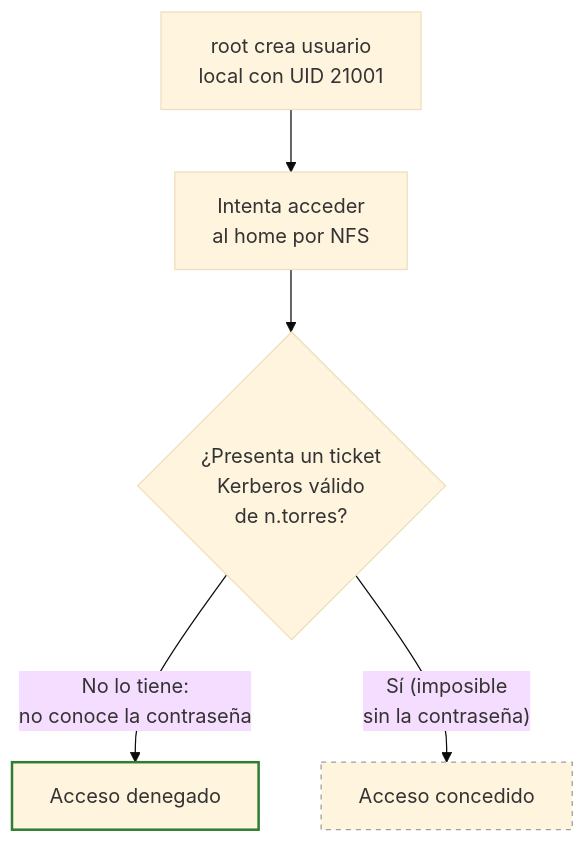
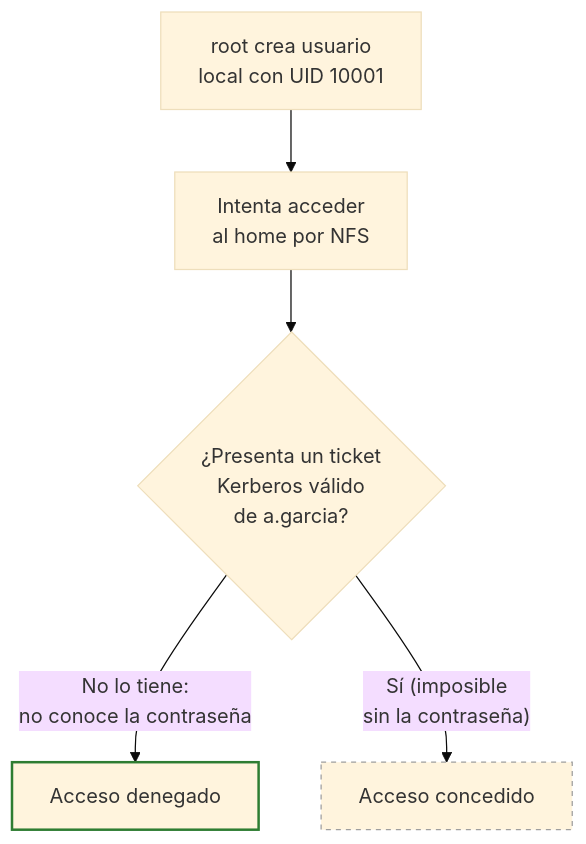
One commit to martin2745/curso-linux changed the sixth of 8 diagrams in sistemas_operativos_en_red/04_seguridad_del_escenario_y_kerberos.md. Above: the diagram before and after it, drawn with Mermaid (base theme). The commit also changed other lines of this file and 11 other files, not shown here.

````diff
--- a/sistemas_operativos_en_red/04_seguridad_del_escenario_y_kerberos.md
+++ b/sistemas_operativos_en_red/04_seguridad_del_escenario_y_kerberos.md
@@ -298,9 +298,9 @@
 ```mermaid
 flowchart TB
-    A["root crea usuario<br>local con UID 21001"] --> B["Intenta acceder<br>al home por NFS"]
-    B --> C{"¿Presenta un ticket<br>Kerberos válido<br>de n.torres?"}
+    A["root crea usuario<br>local con UID 10001"] --> B["Intenta acceder<br>al home por NFS"]
+    B --> C{"¿Presenta un ticket<br>Kerberos válido<br>de a.garcia?"}
     C -->|"No lo tiene:<br>no conoce la contraseña"| D["Acceso denegado"]
     C -->|"Sí (imposible<br>sin la contraseña)"| E["Acceso concedido"]
     style D stroke:#2e7d32,stroke-width:2px
     style E stroke:#9e9e9e,stroke-width:1px,stroke-dasharray: 4 4
 ```
````
